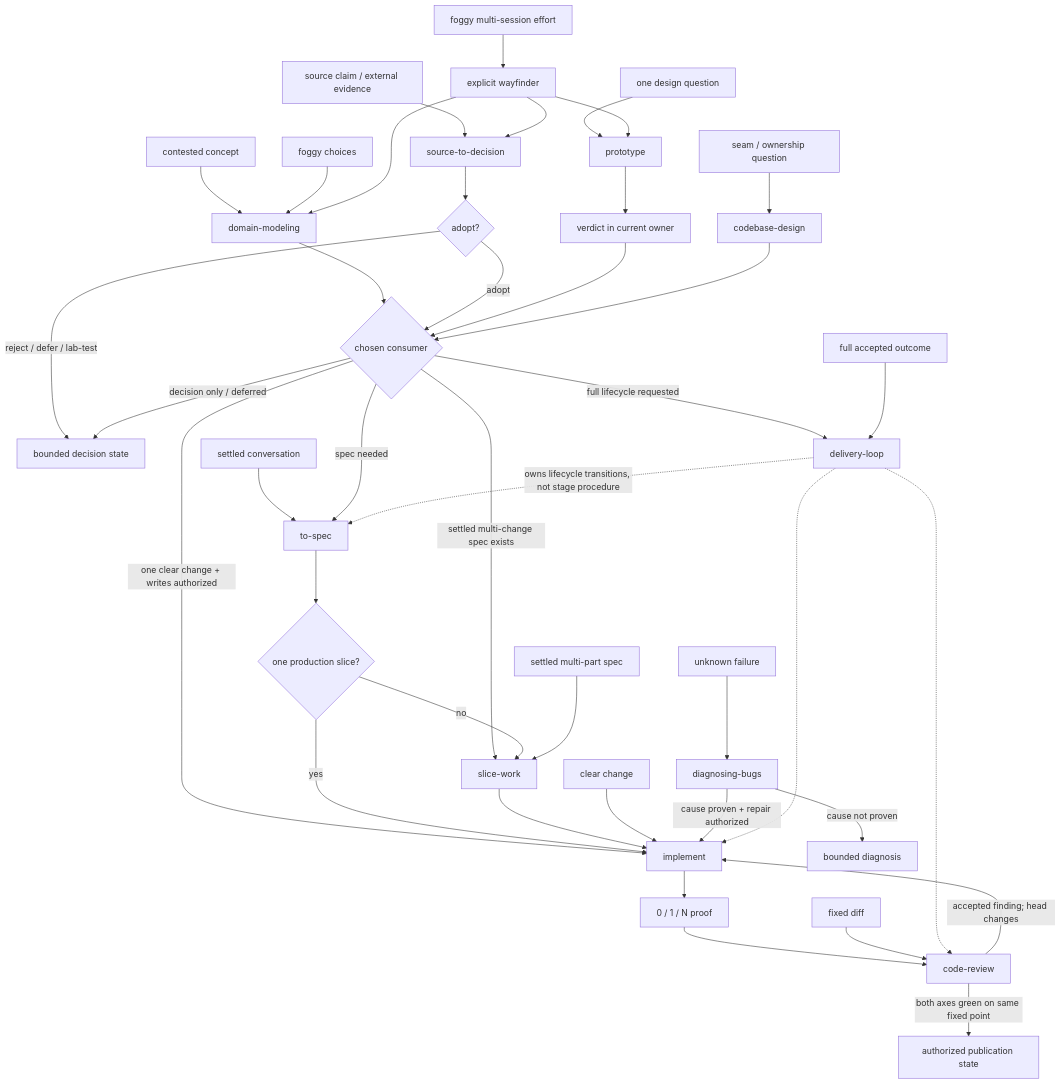
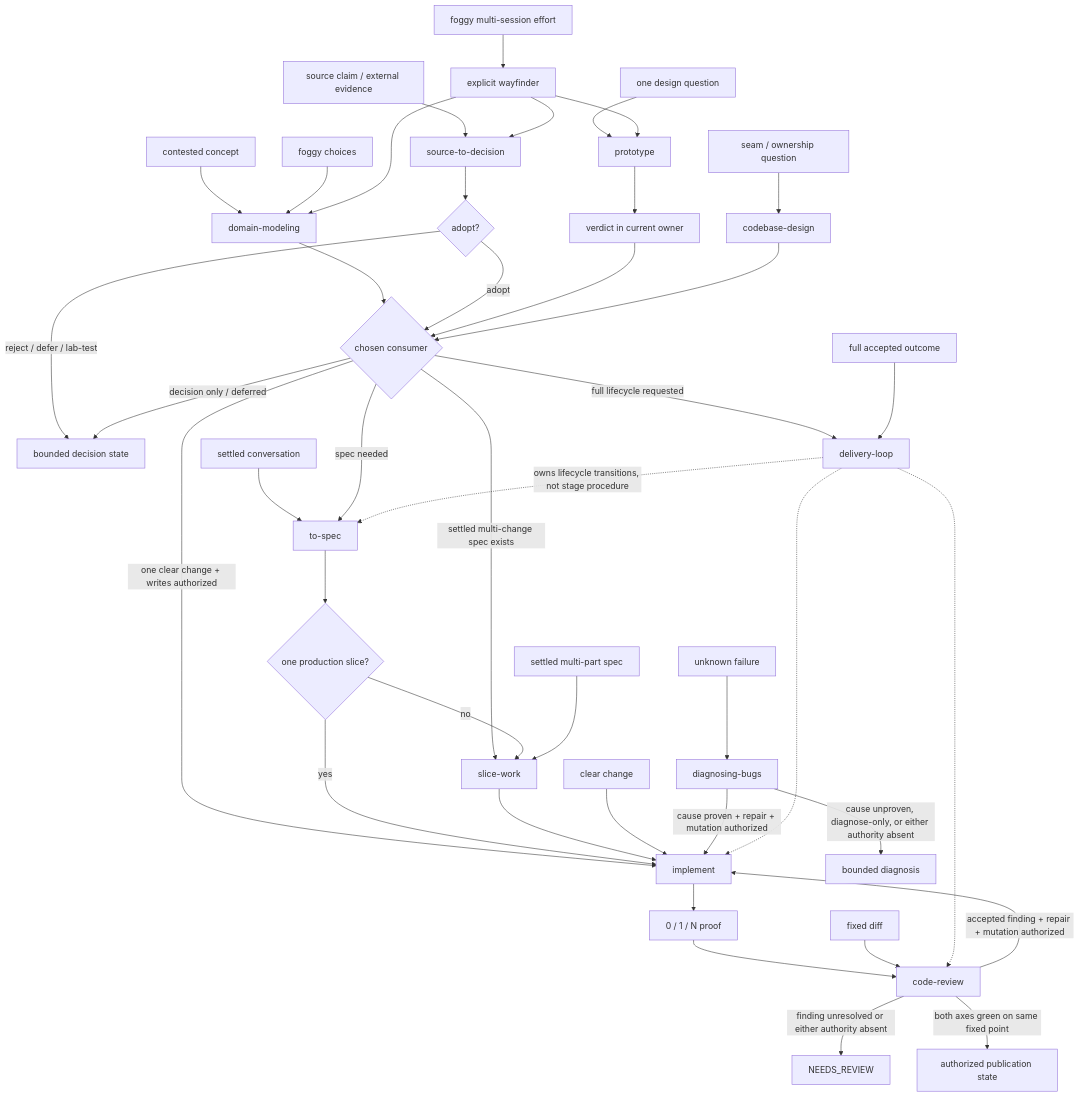
Before and after one commit to korneliuszburian/krn-codex-skills: the second of 2 diagrams in docs/research/orchestration.md, drawn with Mermaid. The commit also changed other lines of this file and 9 other files, not shown here.

````diff
--- a/docs/research/orchestration.md
+++ b/docs/research/orchestration.md
@@ -72,43 +73,44 @@
 ```mermaid
 flowchart TD
   FOG["foggy multi-session effort"] --> WAY["explicit wayfinder"]
   CONCEPT["contested concept"] --> DM
   CHOICES["foggy choices"] --> DM
   SOURCE["source claim / external evidence"] --> S2D
   QUESTION["one design question"] --> PROTO
   WAY --> DM["domain-modeling"]
   WAY --> S2D["source-to-decision"]
   WAY --> PROTO["prototype"]
   DM --> CHOSEN{"chosen consumer"}
   S2D --> DISP{"adopt?"}
   DISP -->|reject / defer / lab-test| TERMINAL["bounded decision state"]
   DISP -->|adopt| CHOSEN
   PROTO --> VERDICT["verdict in current owner"] --> CHOSEN
 
   THREAD["settled conversation"] --> SPEC["to-spec"]
   CHOSEN -->|spec needed| SPEC
   CHOSEN -->|full lifecycle requested| LOOP
   CHOSEN -->|one clear change + writes authorized| IMPL
   CHOSEN -->|settled multi-change spec exists| SLICE
   CHOSEN -->|decision only / deferred| TERMINAL
   SPEC --> SIZE{"one production slice?"}
   SIZE -->|yes| IMPL["implement"]
   SIZE -->|no| SLICE["slice-work"] --> IMPL
   SETTLED["settled multi-part spec"] --> SLICE
 
   CLEAR["clear change"] --> IMPL
   FAULT["unknown failure"] --> DIAG["diagnosing-bugs"]
-  DIAG -->|cause proven + repair authorized| IMPL
-  DIAG -->|cause not proven| BOUNDED["bounded diagnosis"]
+  DIAG -->|cause proven + repair + mutation authorized| IMPL
+  DIAG -->|cause unproven, diagnose-only, or either authority absent| BOUNDED["bounded diagnosis"]
   SEAM["seam / ownership question"] --> DESIGN["codebase-design"] --> CHOSEN
 
   IMPL --> PROOF["0 / 1 / N proof"] --> REVIEW["code-review"]
   FIXED["fixed diff"] --> REVIEW
-  REVIEW -->|accepted finding; head changes| IMPL
+  REVIEW -->|accepted finding + repair + mutation authorized| IMPL
+  REVIEW -->|finding unresolved or either authority absent| NEEDS["NEEDS_REVIEW"]
   REVIEW -->|both axes green on same fixed point| PUB["authorized publication state"]
 
   FULL["full accepted outcome"] --> LOOP["delivery-loop"]
   LOOP -. owns lifecycle transitions, not stage procedure .-> SPEC
   LOOP -.-> IMPL
   LOOP -.-> REVIEW
 ```
````
